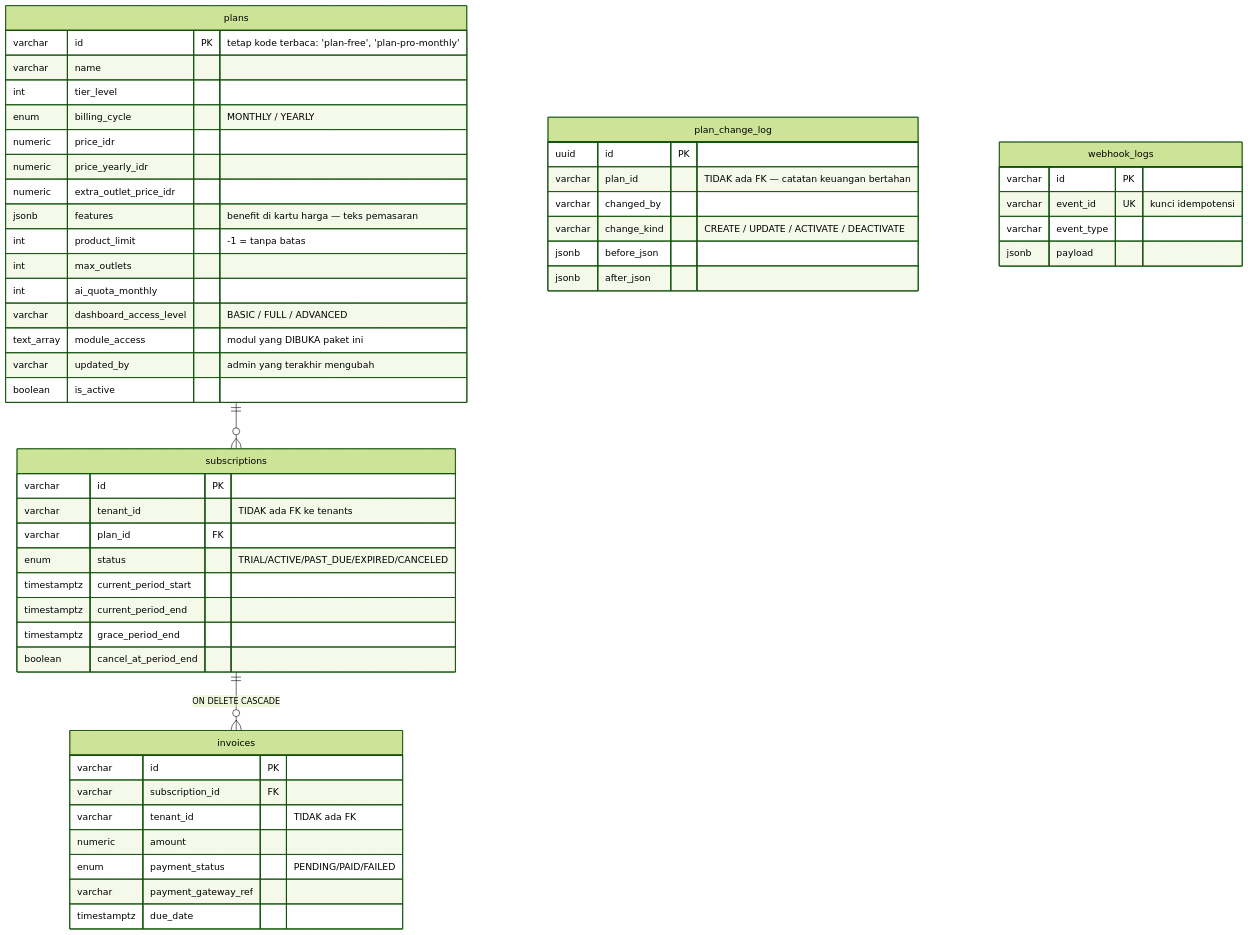
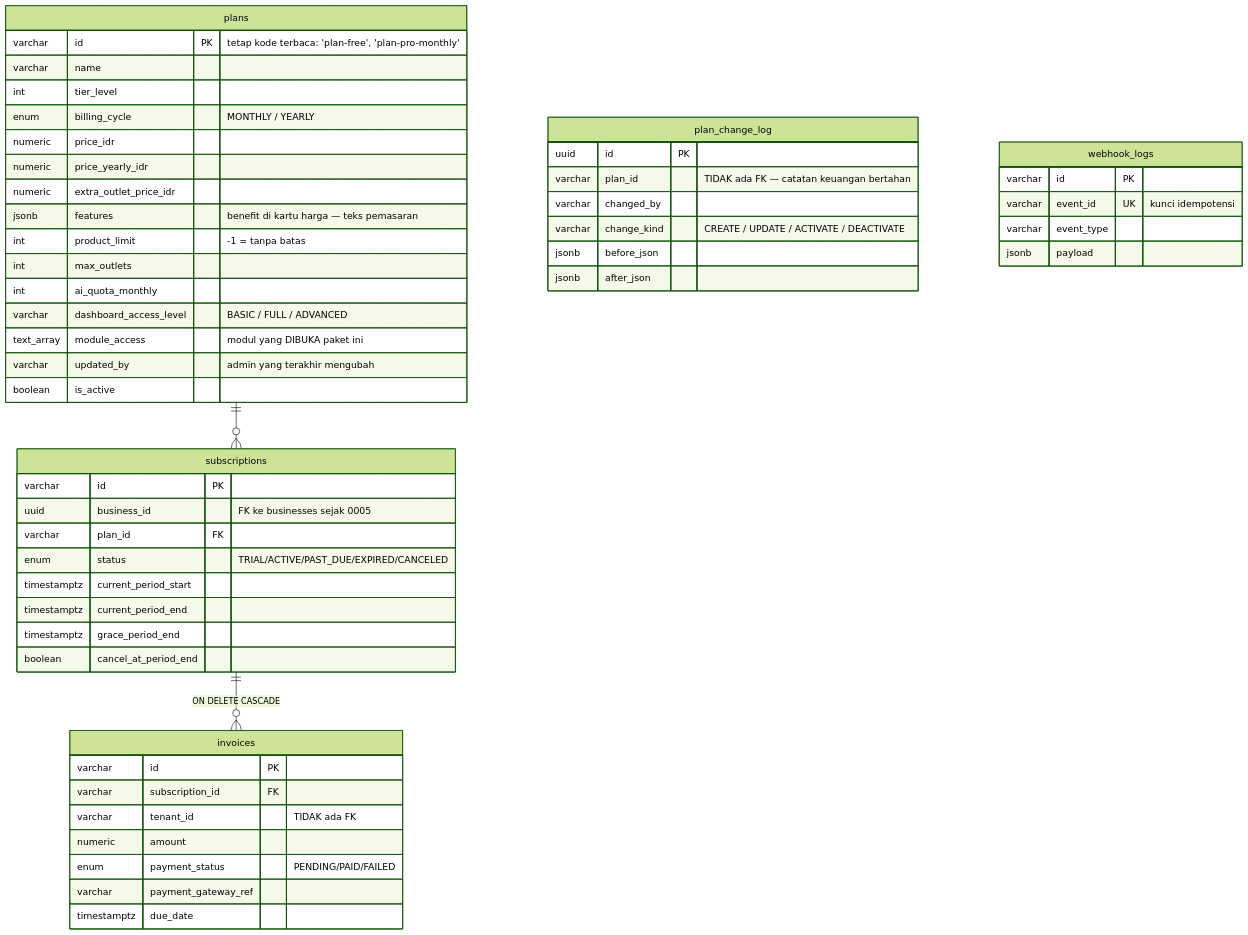
One commit to slaks37/kasir-newhope changed the second of 8 diagrams in docs/erd.md. Above: the diagram before and after it, drawn with Mermaid (forest theme). The commit also changed other lines of this file and 5 other files, not shown here.

First line of the commit message:
Dokumentasi aliran data, ERD yang sudah tidak sesuai, dan koreksi 0029

````diff
--- a/docs/erd.md
+++ b/docs/erd.md
@@ -153,56 +162,56 @@
 ```mermaid
 erDiagram
     plans         ||--o{ subscriptions : ""
     subscriptions ||--o{ invoices      : "ON DELETE CASCADE"
 
     plans {
         varchar id PK "tetap kode terbaca: 'plan-free', 'plan-pro-monthly'"
         varchar name
         int tier_level
         enum billing_cycle "MONTHLY / YEARLY"
         numeric price_idr
         numeric price_yearly_idr
         numeric extra_outlet_price_idr
         jsonb features "benefit di kartu harga — teks pemasaran"
         int product_limit "-1 = tanpa batas"
         int max_outlets
         int ai_quota_monthly
         varchar dashboard_access_level "BASIC / FULL / ADVANCED"
         text_array module_access "modul yang DIBUKA paket ini"
         varchar updated_by "admin yang terakhir mengubah"
         boolean is_active
     }
     plan_change_log {
         uuid id PK
         varchar plan_id "TIDAK ada FK — catatan keuangan bertahan"
         varchar changed_by
         varchar change_kind "CREATE / UPDATE / ACTIVATE / DEACTIVATE"
         jsonb before_json
         jsonb after_json
     }
     subscriptions {
         varchar id PK
-        varchar tenant_id "TIDAK ada FK ke tenants"
+        uuid business_id "FK ke businesses sejak 0005"
         varchar plan_id FK
         enum status "TRIAL/ACTIVE/PAST_DUE/EXPIRED/CANCELED"
         timestamptz current_period_start
         timestamptz current_period_end
         timestamptz grace_period_end
         boolean cancel_at_period_end
     }
     invoices {
         varchar id PK
         varchar subscription_id FK
         varchar tenant_id "TIDAK ada FK"
         numeric amount
         enum payment_status "PENDING/PAID/FAILED"
         varchar payment_gateway_ref
         timestamptz due_date
     }
     webhook_logs {
         varchar id PK
         varchar event_id UK "kunci idempotensi"
         varchar event_type
         jsonb payload
     }
 ```
````
